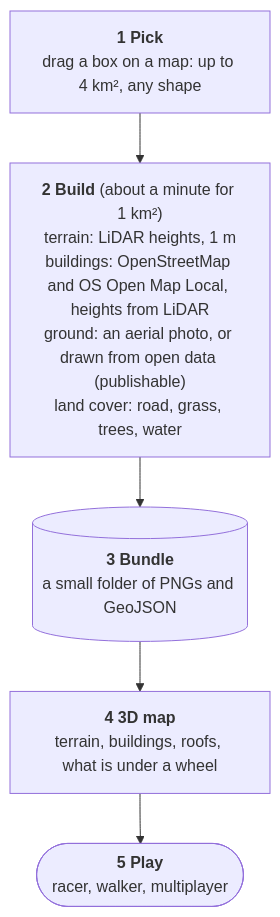
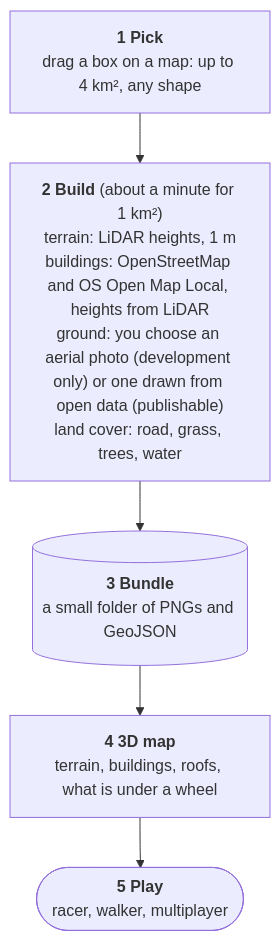
The diagram in README.md (sergiomarrocoli/3d-model-of-anywhere), drawn with Mermaid before and after one commit. The commit also changed 1 other file, not shown here.

Commit message:
Docs: bring the flow diagrams up to date with the ground choice and the sea rule
Section 1 gains the choice of ground and ends at the games instead of civil-war's menus; section 2's land cover covers both kinds
of build, the sea/foreshore rule and the no-LiDAR case; the switches table says --imagery is required; the README overview says
the user chooses the ground. All four Mermaid blocks render.

````diff
--- a/README.md
+++ b/README.md
@@ -16,9 +16,9 @@
 ```mermaid
 flowchart TD
     pick["<b>1 Pick</b><br/>drag a box on a map: up to 4 km², any shape"]
-    build["<b>2 Build</b> (about a minute for 1 km²)<br/>terrain: LiDAR heights, 1 m<br/>buildings: OpenStreetMap and OS Open Map Local, heights from LiDAR<br/>ground: an aerial photo, or drawn from open data (publishable)<br/>land cover: road, grass, trees, water"]
+    build["<b>2 Build</b> (about a minute for 1 km²)<br/>terrain: LiDAR heights, 1 m<br/>buildings: OpenStreetMap and OS Open Map Local, heights from LiDAR<br/>ground: you choose an aerial photo (development only) or one drawn from open data (publishable)<br/>land cover: road, grass, trees, water"]
     bundle[("<b>3 Bundle</b><br/>a small folder of PNGs and GeoJSON")]
     map["<b>4 3D map</b><br/>terrain, buildings, roofs, what is under a wheel"]
     play(["<b>5 Play</b><br/>racer, walker, multiplayer"])
     pick --> build --> bundle --> map --> play
 ```
````
